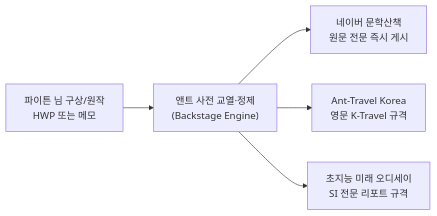
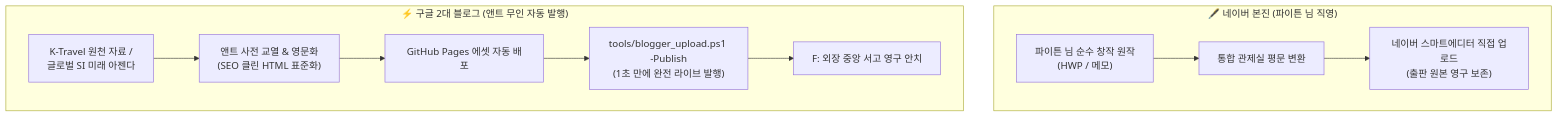
The diagram in 키아노스_정부부처/04_교육_문화부/3대_블로그_네트워크/README.md (kyanos-kr/kyanos-kr.github.io), drawn with Mermaid before and after one commit. The commit also changed other lines of this file and 6 other files, not shown here.

Commit message:
fix(blog): 3대 블로그 통합 관제실 전면 재셋팅 및 JS 버그 해결, 최신 무인발행·콘솔 링크 완비

````diff
--- a/키아노스_정부부처/04_교육_문화부/3대_블로그_네트워크/README.md
+++ b/키아노스_정부부처/04_교육_문화부/3대_블로그_네트워크/README.md
@@ -58,7 +55,14 @@
 ```mermaid
-flowchart LR
-    A["파이튼 님 구상/원작<br/>HWP 또는 메모"] --> B["앤트 사전 교열·정제<br/>(Backstage Engine)"]
-    B --> N["네이버 문학산책<br/>원문 전문 즉시 게시"]
-    B --> T["Ant-Travel Korea<br/>영문 K-Travel 규격"]
-    B --> P["초지능 미래 오디세이<br/>SI 전문 리포트 규격"]
+flowchart TD
+    subgraph 네이버직영["🖋️ 네이버 본진 (파이튼 님 직영)"]
+        N1["파이튼 님 순수 창작 원작<br/>(HWP / 메모)"] --> N2["통합 관제실 평문 변환"]
+        N2 --> N3["네이버 스마트에디터 직접 업로드<br/>(출판 원본 영구 보존)"]
+    end
+
+    subgraph 구글무인발행["⚡ 구글 2대 블로그 (앤트 무인 자동 발행)"]
+        G1["K-Travel 원천 자료 /<br/>글로벌 SI 미래 아젠다"] --> G2["앤트 사전 교열 & 영문화<br/>(SEO 클린 HTML 표준화)"]
+        G2 --> G3["GitHub Pages 에셋 자동 배포"]
+        G3 --> G4["tools/blogger_upload.ps1 -Publish<br/>(1초 만에 완전 라이브 발행)"]
+        G4 --> G5["F: 외장 중앙 서고 영구 안치"]
+    end
 ```
````
